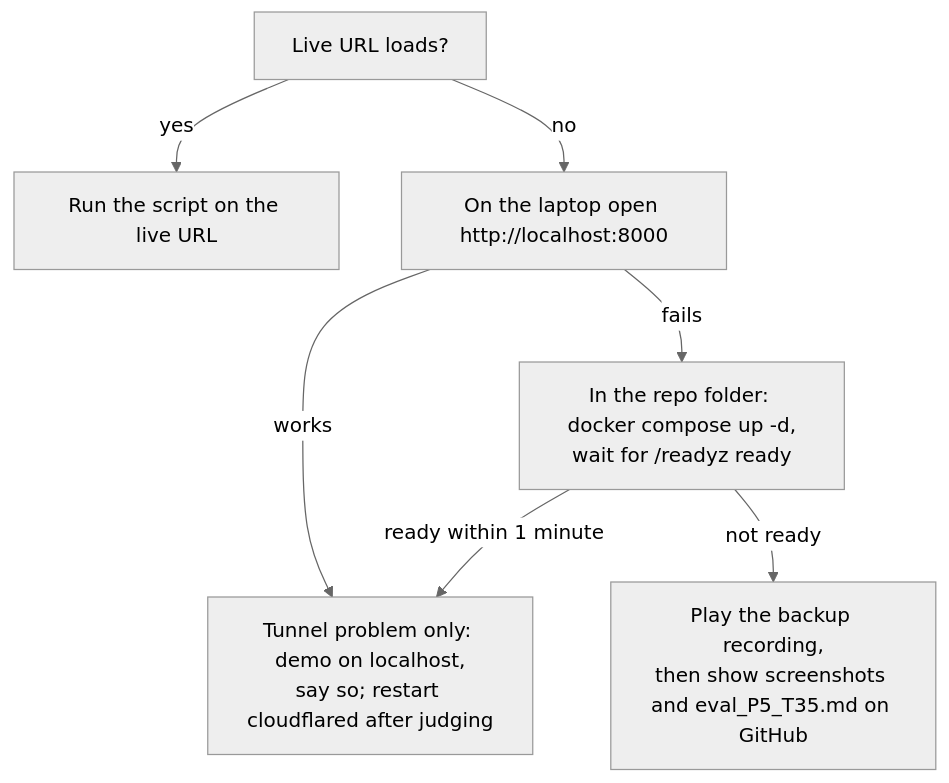
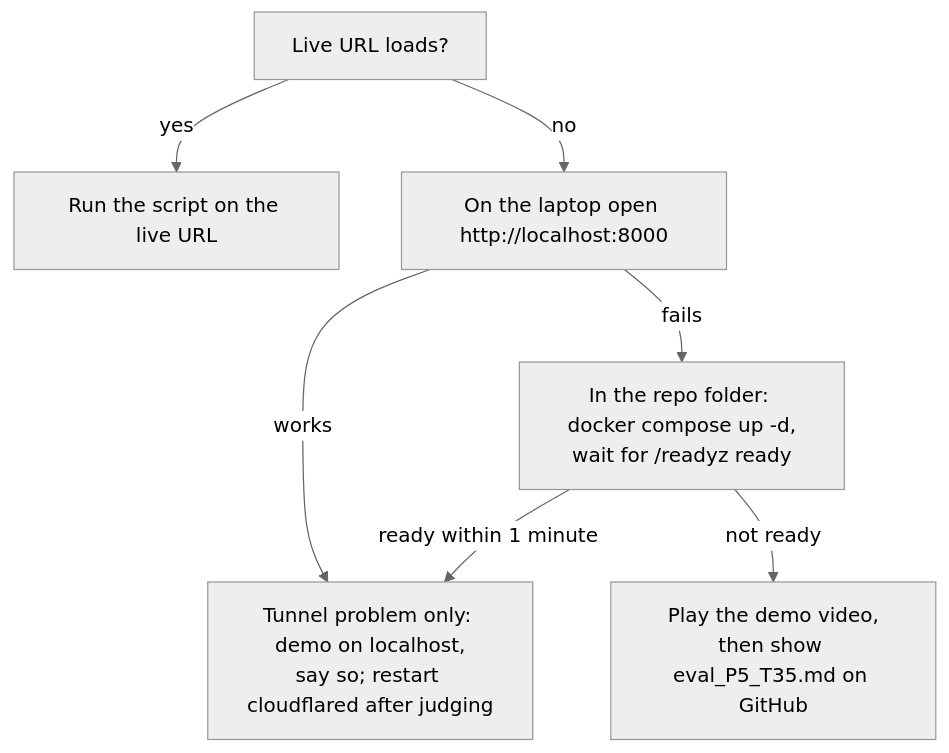
Before and after one commit to DuhItzAniket/SEMEVIA: the diagram in docs/demo.md, drawn with Mermaid (neutral theme). The commit also changed other lines of this file and 15 other files, not shown here.

````diff
--- a/docs/demo.md
+++ b/docs/demo.md
@@ -65,9 +105,9 @@
 ```mermaid
 flowchart TD
     A[Live URL loads?] -->|yes| L[Run the script on the live URL]
     A -->|no| B[On the laptop open http://localhost:8000]
     B -->|works| C[Tunnel problem only: demo on localhost,<br/>say so; restart cloudflared after judging]
     B -->|fails| D[In the repo folder: docker compose up -d,<br/>wait for /readyz ready]
     D -->|ready within 1 minute| C
-    D -->|not ready| E[Play the backup recording,<br/>then show screenshots and eval_P5_T35.md on GitHub]
+    D -->|not ready| E[Play the demo video,<br/>then show eval_P5_T35.md on GitHub]
 ```
````
